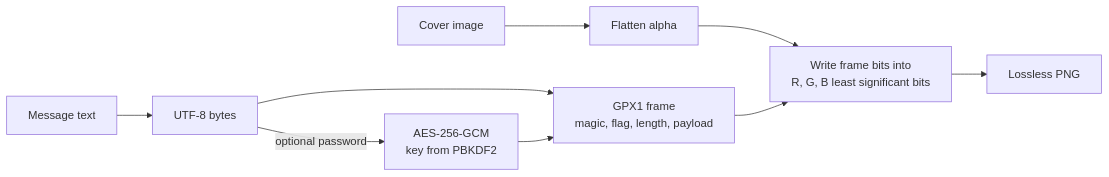
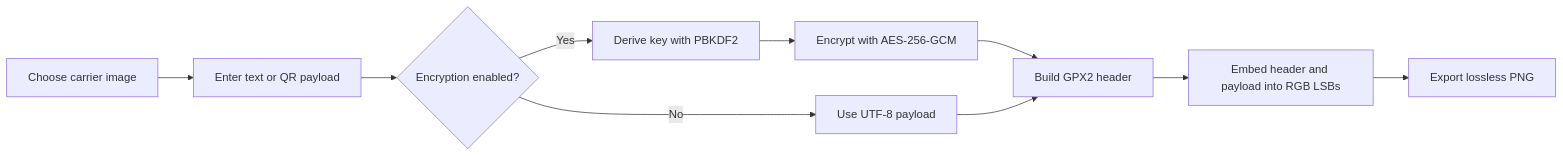
The first of 2 diagrams in README.md (PraneshUK/Ghostpix), drawn with Mermaid before and after one commit. The commit also changed other lines of this file, not shown here.

````diff
--- a/README.md
+++ b/README.md
@@ -98,11 +105,23 @@
 ```mermaid
+
 flowchart LR
-    M["Message text"] --> U["UTF-8 bytes"]
-    U -->|"optional password"| E["AES-256-GCM<br/>key from PBKDF2"]
-    U --> F
-    E --> F["GPX1 frame<br/>magic, flag, length, payload"]
-    C["Cover image"] --> A["Flatten alpha"]
-    A --> W["Write frame bits into<br/>R, G, B least significant bits"]
-    F --> W
-    W --> P["Lossless PNG"]
+
+    A[Choose carrier image] --> B[Enter text or QR payload]
+
+    B --> C{Encryption enabled?}
+
+    C -->|Yes| D[Derive key with PBKDF2]
+
+    D --> E[Encrypt with AES-256-GCM]
+
+    C -->|No| F[Use UTF-8 payload]
+
+    E --> G[Build GPX2 header]
+
+    F --> G
+
+    G --> H[Embed header and payload into RGB LSBs]
+
+    H --> I[Export lossless PNG]
+
 ```
````
